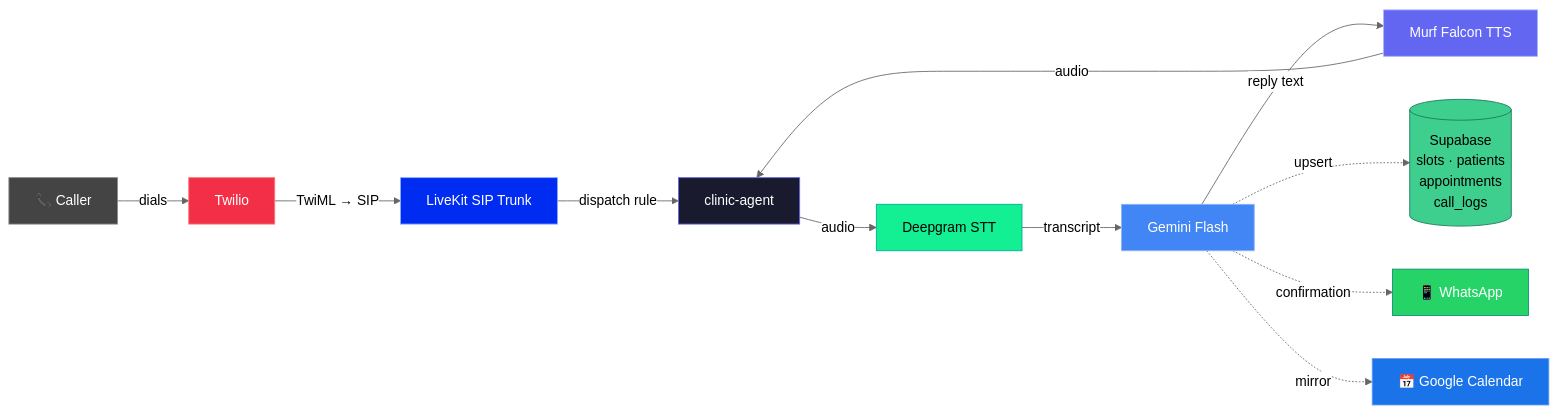
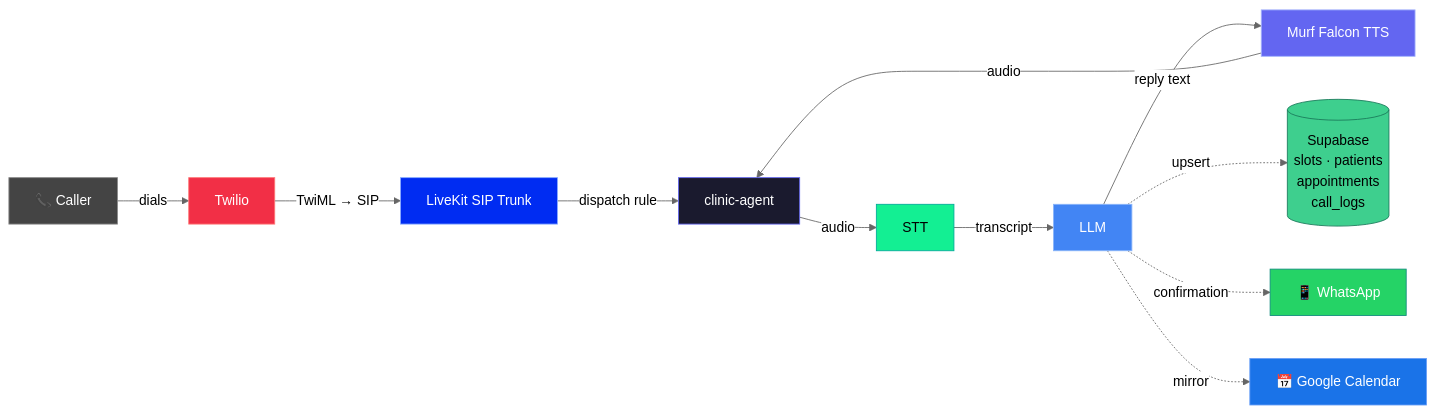
The diagram in README.md (sanchitasunil/reception-agent), drawn with Mermaid (neutral theme) before and after one commit. The commit also changed other lines of this file, not shown here.

First line of the commit message:
Refine STT and LLM provider sections in README

````diff
--- a/README.md
+++ b/README.md
@@ -30,26 +29,26 @@
 ```mermaid
 flowchart LR
     A["📞 Caller"] -->|dials| B["Twilio"]
     B -->|TwiML → SIP| C["LiveKit SIP Trunk"]
     C -->|dispatch rule| D["clinic-agent"]
 
-    D -->|audio| E["Deepgram STT"]
-    E -->|transcript| F["Gemini Flash"]
+    D -->|audio| E["STT"]
+    E -->|transcript| F["LLM"]
     F -->|reply text| G["Murf Falcon TTS"]
     G -->|audio| D
 
     F -.->|"upsert"| H[("Supabase\nslots · patients\nappointments\ncall_logs")]
     F -.->|"confirmation"| I["📱 WhatsApp"]
     F -.->|"mirror"| J["📅 Google Calendar"]
 
     style A fill:#444,stroke:#888,color:#fff
     style B fill:#F22F46,stroke:#f77,color:#fff
     style C fill:#002cf2,stroke:#88aaff,color:#fff
     style D fill:#1a1a2e,stroke:#6366F1,color:#fff
     style E fill:#13EF93,stroke:#0a9,color:#000
     style F fill:#4285F4,stroke:#89b4fa,color:#fff
     style G fill:#6366F1,stroke:#a5b4fc,color:#fff
     style H fill:#3ECF8E,stroke:#1a7a5a,color:#000
     style I fill:#25D366,stroke:#128C7E,color:#fff
     style J fill:#1a73e8,stroke:#669df6,color:#fff
 ```
````
